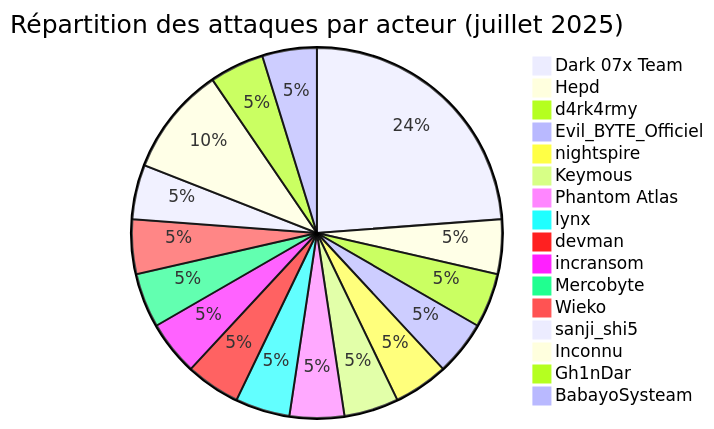
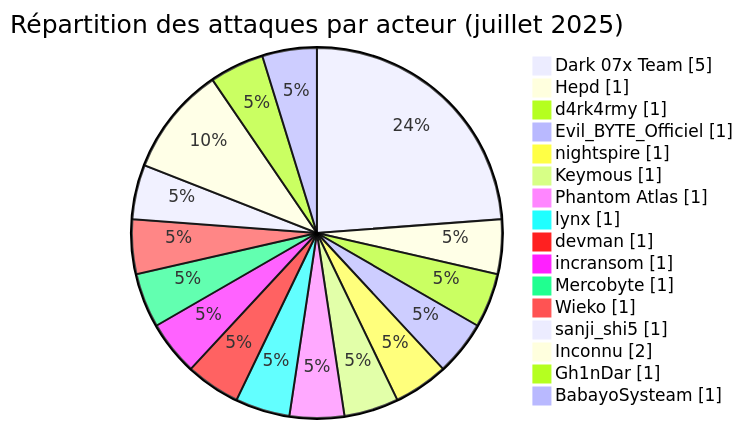
One commit to Hatchepsoute/AFRINTEL changed the first of 6 diagrams in CyberAttackAfrica/2025/07-july/README_FR.md. Above: the diagram before and after it, drawn with Mermaid. The commit also changed other lines of this file and 182 other files, not shown here.

````diff
--- a/CyberAttackAfrica/2025/07-july/README_FR.md
+++ b/CyberAttackAfrica/2025/07-july/README_FR.md
@@ -42,19 +44,20 @@
 ```mermaid
-pie title Répartition des attaques par acteur (juillet 2025)
+pie showData
+    title Répartition des attaques par acteur (juillet 2025)
     "Dark 07x Team" : 5
     "Hepd" : 1
     "d4rk4rmy" : 1
     "Evil_BYTE_Officiel" : 1
     "nightspire" : 1
     "Keymous" : 1
     "Phantom Atlas" : 1
     "lynx" : 1
     "devman" : 1
     "incransom" : 1
     "Mercobyte" : 1
     "Wieko" : 1
     "sanji_shi5" : 1
     "Inconnu" : 2
     "Gh1nDar" : 1
     "BabayoSysteam" : 1
 ```
````
